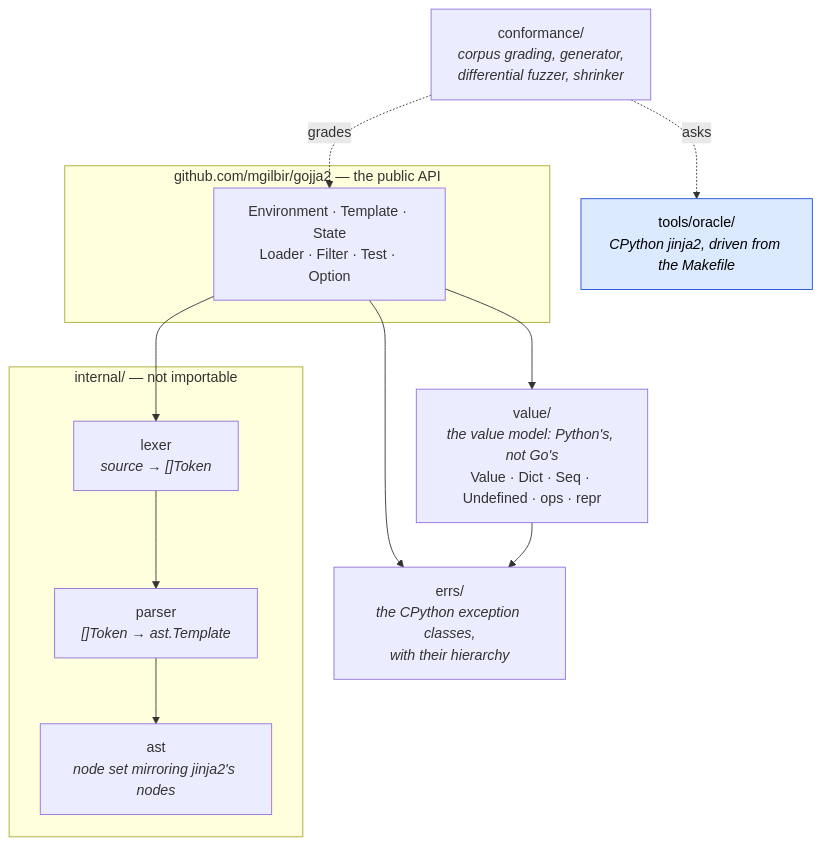
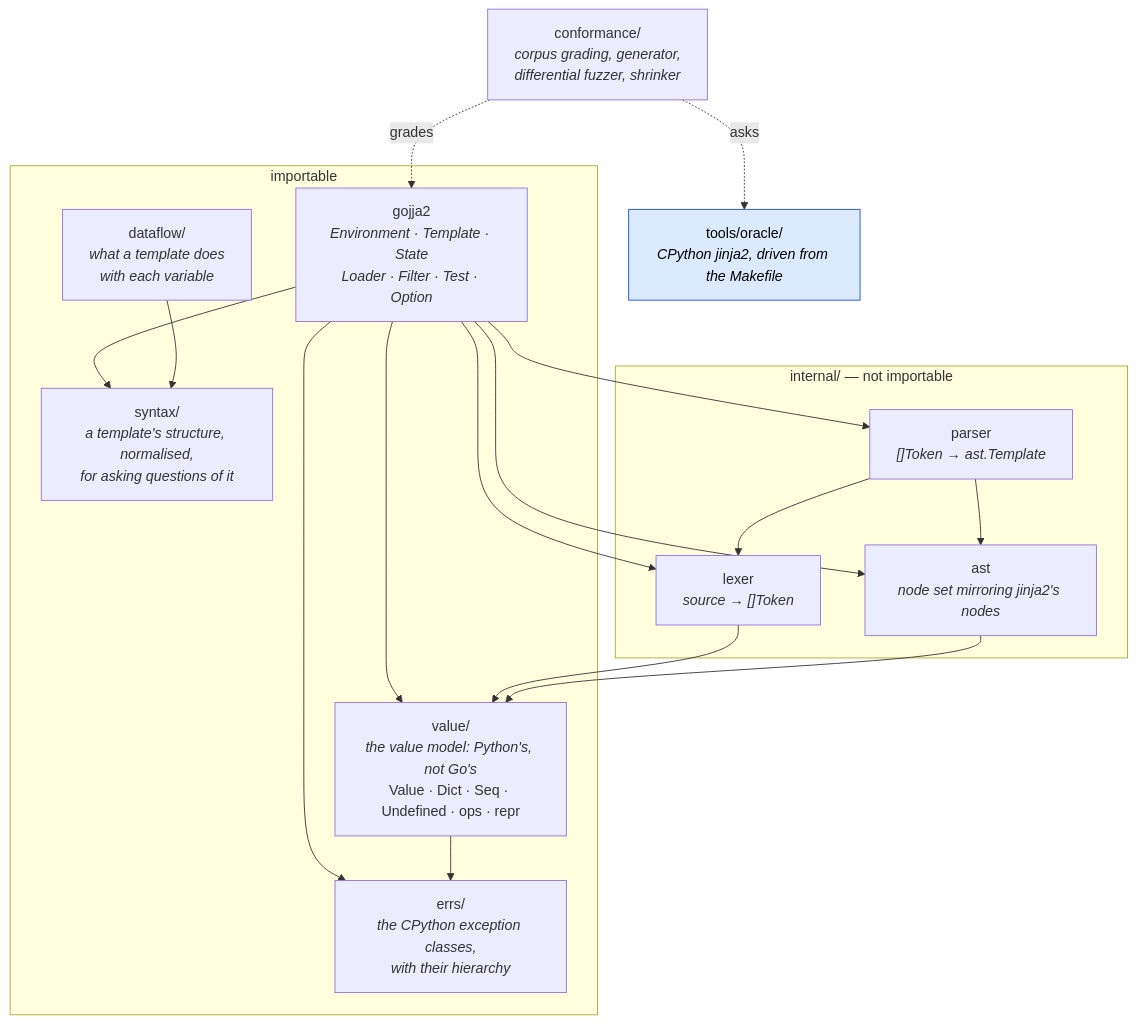
One commit to mgilbir/gojja2 changed the first of 6 diagrams in docs/architecture.md. Above: the diagram before and after it, drawn with Mermaid. The commit also changed other lines of this file and 41 other files, not shown here.

````diff
--- a/docs/architecture.md
+++ b/docs/architecture.md
@@ -14,25 +18,31 @@
 ```mermaid
 flowchart TD
-    subgraph pub["github.com/mgilbir/gojja2 — the public API"]
-        API["Environment · Template · State<br/>Loader · Filter · Test · Option"]
+    subgraph pub["importable"]
+        API["gojja2<br/><i>Environment · Template · State<br/>Loader · Filter · Test · Option</i>"]
+        VAL["value/<br/><i>the value model: Python's, not Go's</i><br/>Value · Dict · Seq · Undefined · ops · repr"]
+        ERR["errs/<br/><i>the CPython exception classes,<br/>with their hierarchy</i>"]
+        SYN["syntax/<br/><i>a template's structure, normalised,<br/>for asking questions of it</i>"]
+        DF["dataflow/<br/><i>what a template does<br/>with each variable</i>"]
     end
     subgraph int["internal/ — not importable"]
+        PAR["parser<br/><i>[]Token → ast.Template</i>"]
         LEX["lexer<br/><i>source → []Token</i>"]
-        PAR["parser<br/><i>[]Token → ast.Template</i>"]
         AST["ast<br/><i>node set mirroring jinja2's nodes</i>"]
     end
-    VAL["value/<br/><i>the value model: Python's, not Go's</i><br/>Value · Dict · Seq · Undefined · ops · repr"]
-    ERR["errs/<br/><i>the CPython exception classes,<br/>with their hierarchy</i>"]
     CONF["conformance/<br/><i>corpus grading, generator,<br/>differential fuzzer, shrinker</i>"]
     ORA["tools/oracle/<br/><i>CPython jinja2, driven from the Makefile</i>"]
 
-    API --> LEX --> PAR --> AST
+    API --> PAR & LEX & AST
+    API --> SYN
     API --> VAL
     API --> ERR
+    PAR --> LEX & AST
+    LEX & AST --> VAL
     VAL --> ERR
+    DF --> SYN
     CONF -.->|grades| API
     CONF -.->|asks| ORA
 
     classDef spec fill:#dbeafe,stroke:#1d4ed8,color:#000
     class ORA spec
 ```
````
